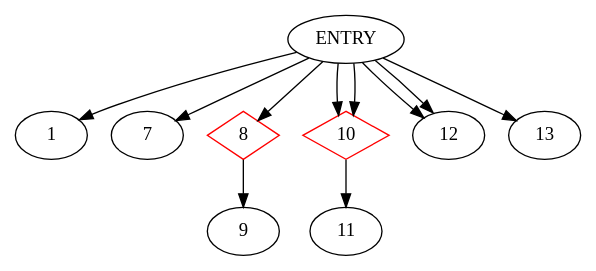
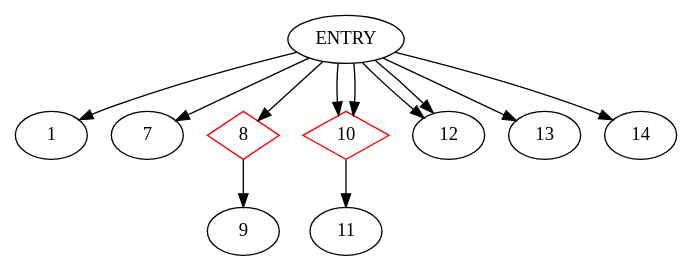
One commit to akshitij/TestgenRepo changed the diagram in Testgen/CDG.dot. Above: the diagram before and after it, drawn with Graphviz. The commit also changed 35 other files, not shown here.

```diff
--- a/Testgen/CDG.dot
+++ b/Testgen/CDG.dot
@@ -1,15 +1,16 @@
 digraph CDG {
 ENTRY -> 1
 ENTRY -> 7
 8 [shape=diamond, color=red]
 ENTRY -> 8
 8-> 9
 10 [shape=diamond, color=red]
 ENTRY -> 10
 10 [shape=diamond, color=red]
 ENTRY -> 10
 10-> 11
 ENTRY -> 12
 ENTRY -> 12
 ENTRY -> 13
+ENTRY -> 14
 }
```
